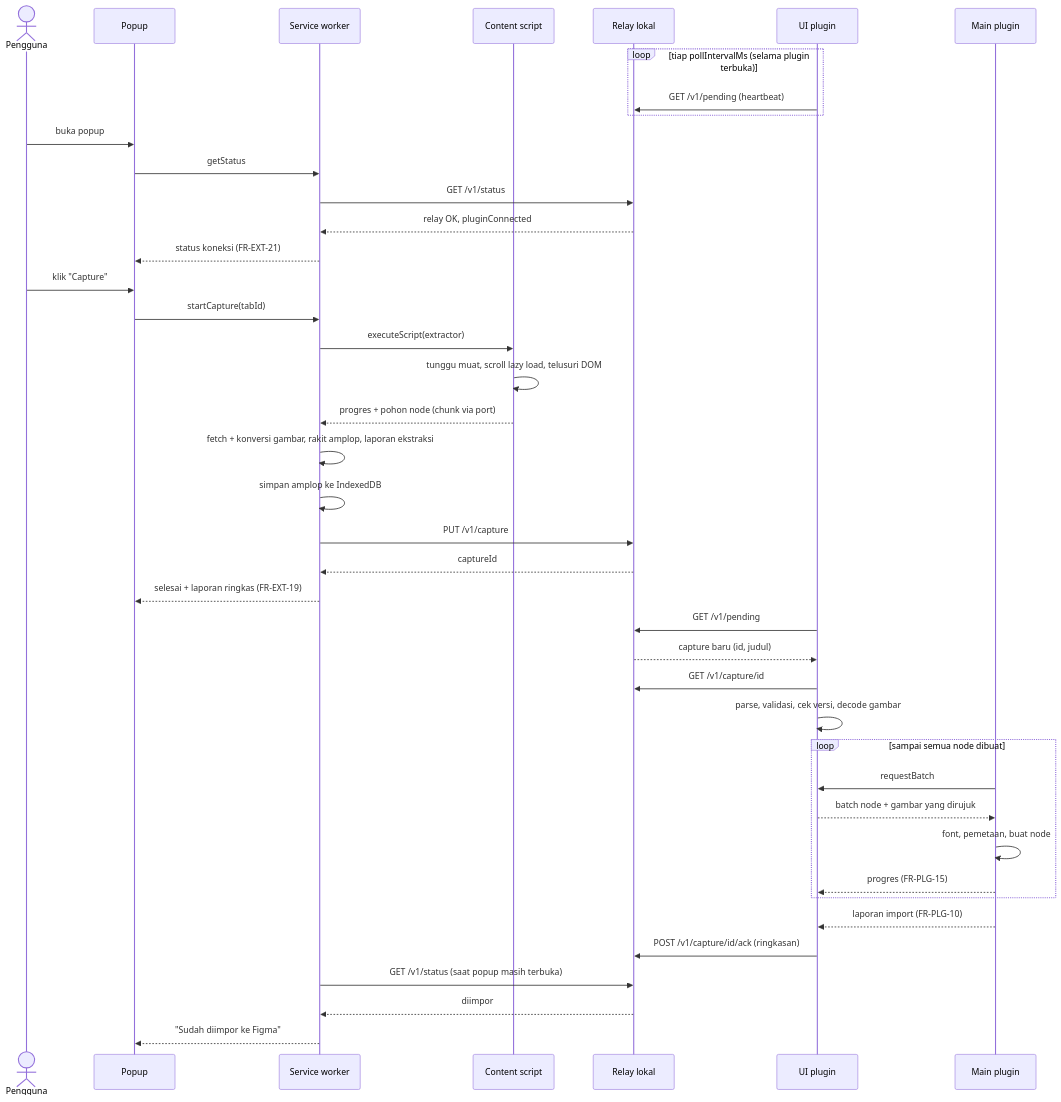
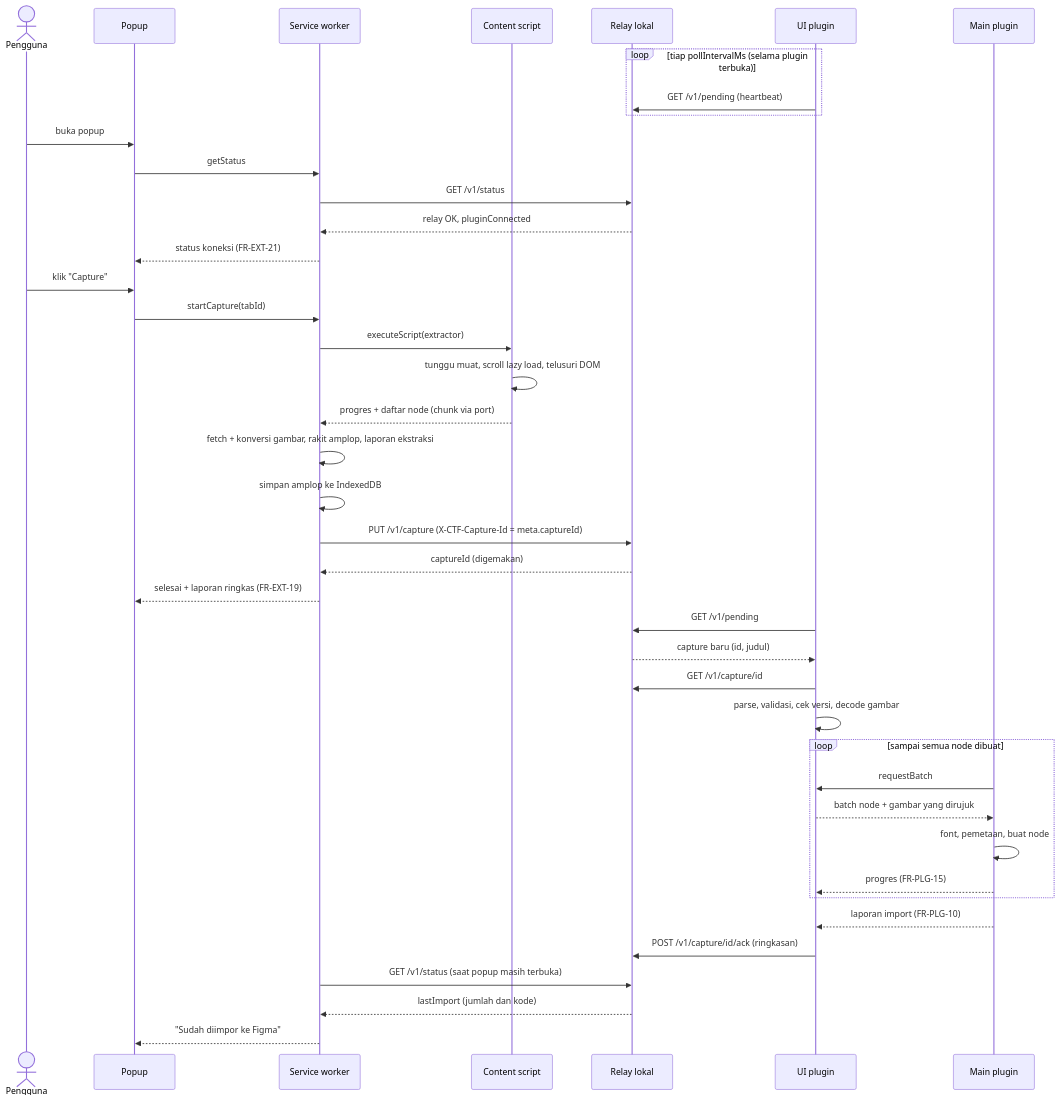
The second of 2 diagrams in docs/ARCHITECTURE.md (aindragt/CodeToFrame), drawn with Mermaid before and after one commit. The commit also changed other lines of this file and 2 other files, not shown here.

First line of the commit message:
docs: apply SCHEMA review to PRD v0.5, ARCHITECTURE v0.1.2, SCHEMA v0.1.1

````diff
--- a/docs/ARCHITECTURE.md
+++ b/docs/ARCHITECTURE.md
@@ -131,44 +131,44 @@
 ```mermaid
 sequenceDiagram
   actor U as Pengguna
   participant P as Popup
   participant SW as Service worker
   participant CS as Content script
   participant R as Relay lokal
   participant UI as UI plugin
   participant M as Main plugin
 
   loop tiap pollIntervalMs (selama plugin terbuka)
     UI->>R: GET /v1/pending (heartbeat)
   end
   U->>P: buka popup
   P->>SW: getStatus
   SW->>R: GET /v1/status
   R-->>SW: relay OK, pluginConnected
   SW-->>P: status koneksi (FR-EXT-21)
   U->>P: klik "Capture"
   P->>SW: startCapture(tabId)
   SW->>CS: executeScript(extractor)
   CS->>CS: tunggu muat, scroll lazy load, telusuri DOM
-  CS-->>SW: progres + pohon node (chunk via port)
+  CS-->>SW: progres + daftar node (chunk via port)
   SW->>SW: fetch + konversi gambar, rakit amplop, laporan ekstraksi
   SW->>SW: simpan amplop ke IndexedDB
-  SW->>R: PUT /v1/capture
-  R-->>SW: captureId
+  SW->>R: PUT /v1/capture (X-CTF-Capture-Id = meta.captureId)
+  R-->>SW: captureId (digemakan)
   SW-->>P: selesai + laporan ringkas (FR-EXT-19)
   UI->>R: GET /v1/pending
   R-->>UI: capture baru (id, judul)
   UI->>R: GET /v1/capture/id
   UI->>UI: parse, validasi, cek versi, decode gambar
   loop sampai semua node dibuat
     M->>UI: requestBatch
     UI-->>M: batch node + gambar yang dirujuk
     M->>M: font, pemetaan, buat node
     M-->>UI: progres (FR-PLG-15)
   end
   M-->>UI: laporan import (FR-PLG-10)
   UI->>R: POST /v1/capture/id/ack (ringkasan)
   SW->>R: GET /v1/status (saat popup masih terbuka)
-  R-->>SW: diimpor
+  R-->>SW: lastImport (jumlah dan kode)
   SW-->>P: "Sudah diimpor ke Figma"
 ```
````
